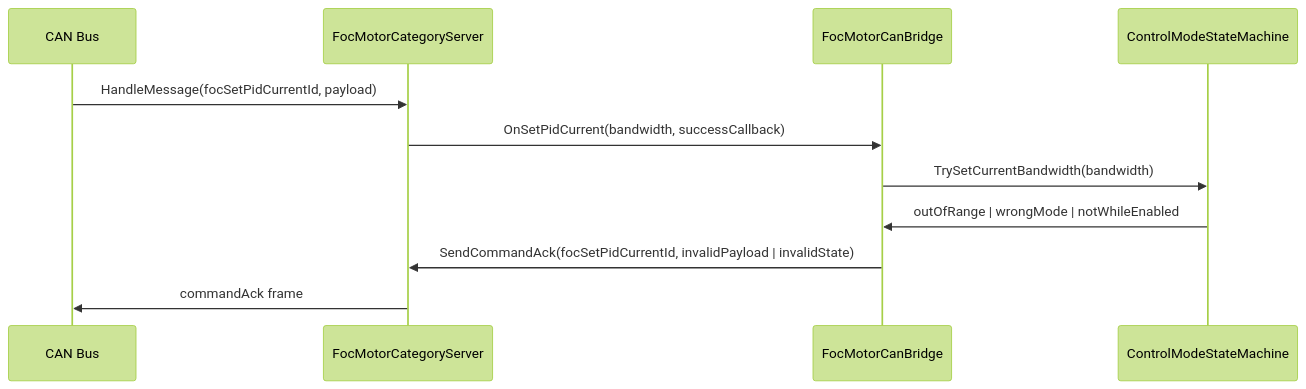
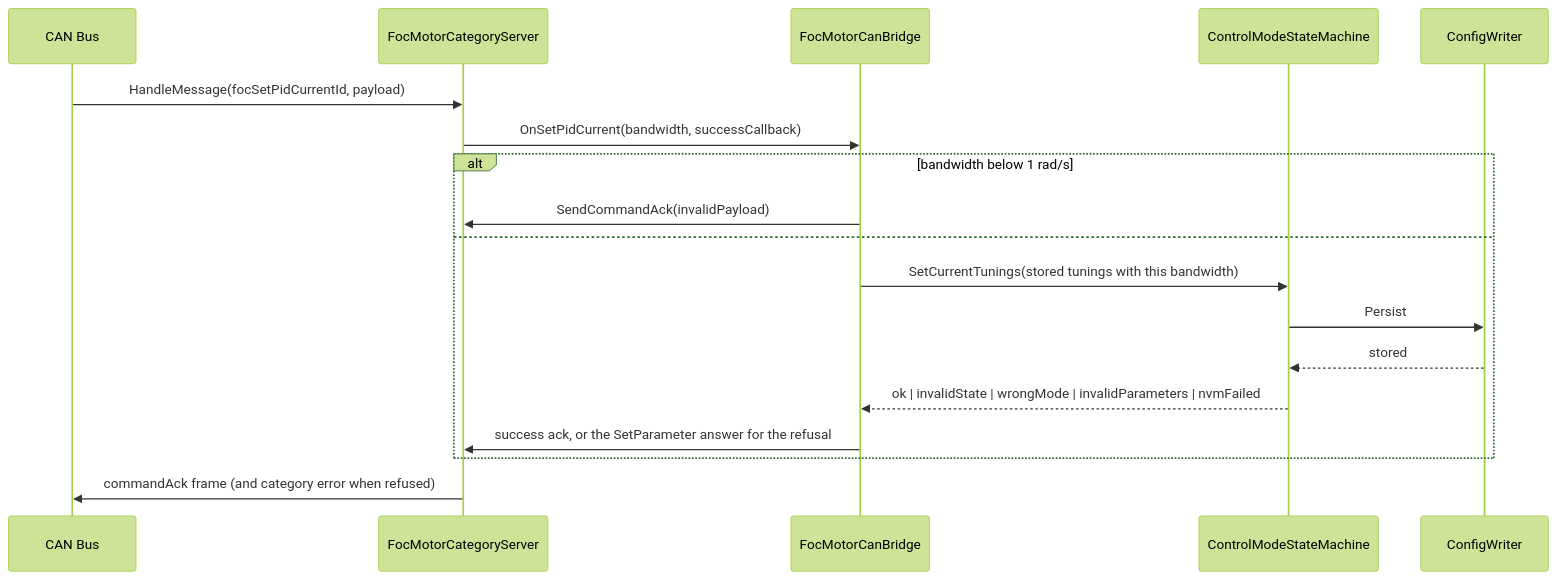
Before and after one commit to embedded-pro/e-foc: the fourth of 6 diagrams in documentation/design/service-can.md, drawn with Mermaid (forest theme). The commit also changed other lines of this file and 130 other files, not shown here.

First line of the commit message:
feat(can): choose controllers per mode and set every setting and motor parameter over CAN (contract 2.1) (#429)

````diff
--- a/documentation/design/service-can.md
+++ b/documentation/design/service-can.md
@@ -312,14 +441,21 @@
 ```mermaid
 sequenceDiagram
     participant CAN as CAN Bus
     participant SRV as FocMotorCategoryServer
     participant BRG as FocMotorCanBridge
     participant CMS as ControlModeStateMachine
+    participant NVM as ConfigWriter
 
     CAN->>SRV: HandleMessage(focSetPidCurrentId, payload)
     SRV->>BRG: OnSetPidCurrent(bandwidth, successCallback)
-    BRG->>CMS: TrySetCurrentBandwidth(bandwidth)
-    CMS->>BRG: outOfRange | wrongMode | notWhileEnabled
-    BRG->>SRV: SendCommandAck(focSetPidCurrentId, invalidPayload | invalidState)
-    SRV->>CAN: commandAck frame
+    alt bandwidth below 1 rad/s
+        BRG->>SRV: SendCommandAck(invalidPayload)
+    else
+        BRG->>CMS: SetCurrentTunings(stored tunings with this bandwidth)
+        CMS->>NVM: Persist
+        NVM-->>CMS: stored
+        CMS-->>BRG: ok | invalidState | wrongMode | invalidParameters | nvmFailed
+        BRG->>SRV: success ack, or the SetParameter answer for the refusal
+    end
+    SRV->>CAN: commandAck frame (and category error when refused)
 ```
````
